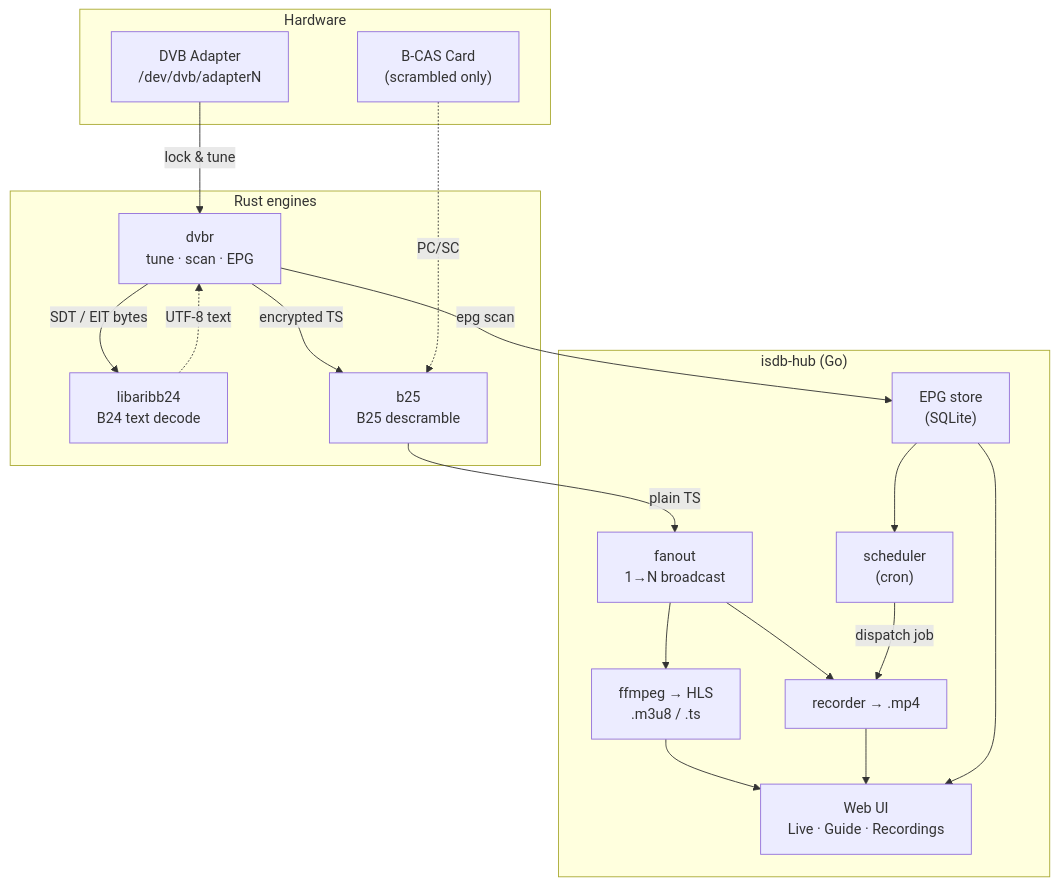
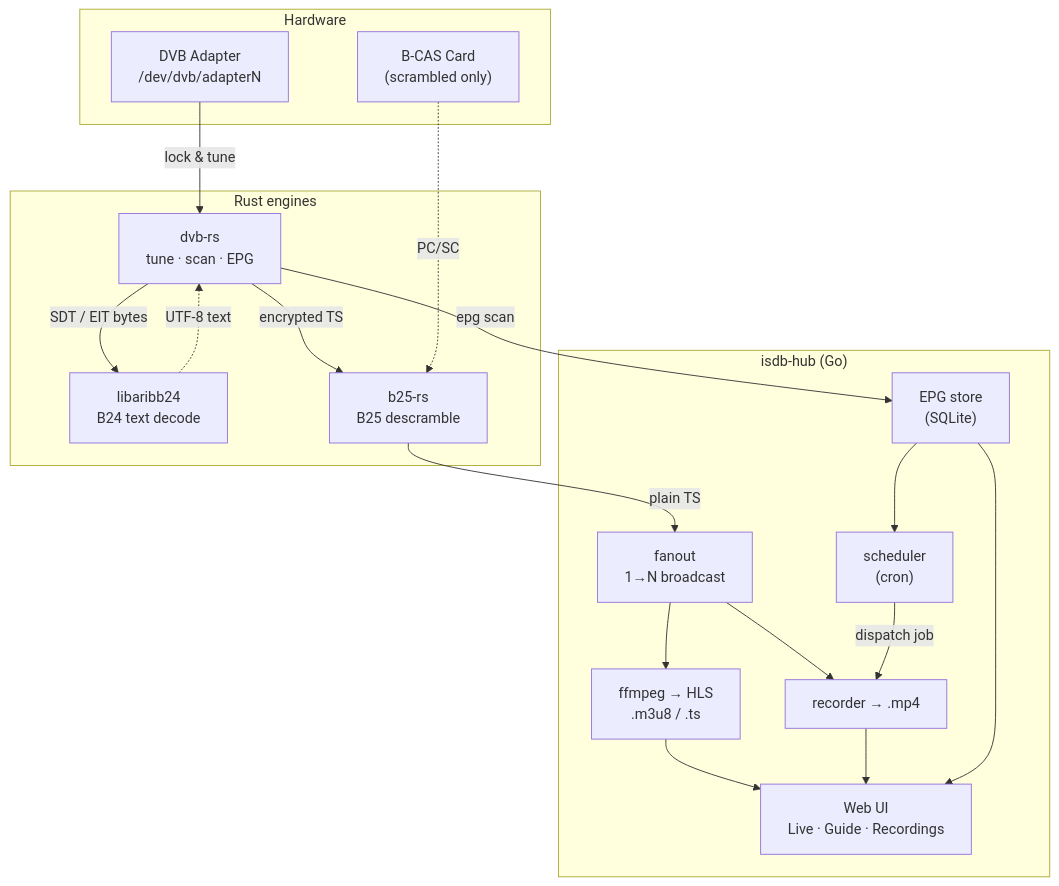
The diagram in README.md (DuckFeather10086/isdb-workspace), drawn with Mermaid before and after one commit. The commit also changed other lines of this file and 2 other files, not shown here.

First line of the commit message:
chore: rename binaries dvbr→dvb-rs, b25→b25-rs, isdbd→isdb-hub

````diff
--- a/README.md
+++ b/README.md
@@ -34,37 +34,37 @@
 ```mermaid
 graph TB
     subgraph Hardware
         TUNER["DVB Adapter<br/>/dev/dvb/adapterN"]
         CARD["B-CAS Card<br/>(scrambled only)"]
     end
 
     subgraph "Rust engines"
-        DVBR["dvbr<br/>tune · scan · EPG"]
+        DVBR["dvb-rs<br/>tune · scan · EPG"]
         B24["libaribb24<br/>B24 text decode"]
-        B25["b25<br/>B25 descramble"]
+        B25["b25-rs<br/>B25 descramble"]
     end
 
     subgraph "isdb-hub (Go)"
         FANOUT["fanout<br/>1→N broadcast"]
         HLS["ffmpeg → HLS<br/>.m3u8 / .ts"]
         REC["recorder → .mp4"]
         EPG["EPG store<br/>(SQLite)"]
         SCHED["scheduler<br/>(cron)"]
         WEB["Web UI<br/>Live · Guide · Recordings"]
     end
 
     TUNER -->|"lock & tune"| DVBR
     DVBR -->|"SDT / EIT bytes"| B24
     B24 -.->|"UTF-8 text"| DVBR
     DVBR -->|"encrypted TS"| B25
     CARD -.->|"PC/SC"| B25
     B25 -->|"plain TS"| FANOUT
     FANOUT --> HLS
     FANOUT --> REC
     DVBR -->|"epg scan"| EPG
     EPG --> SCHED
     SCHED -->|"dispatch job"| REC
     HLS --> WEB
     REC --> WEB
     EPG --> WEB
 ```
````
